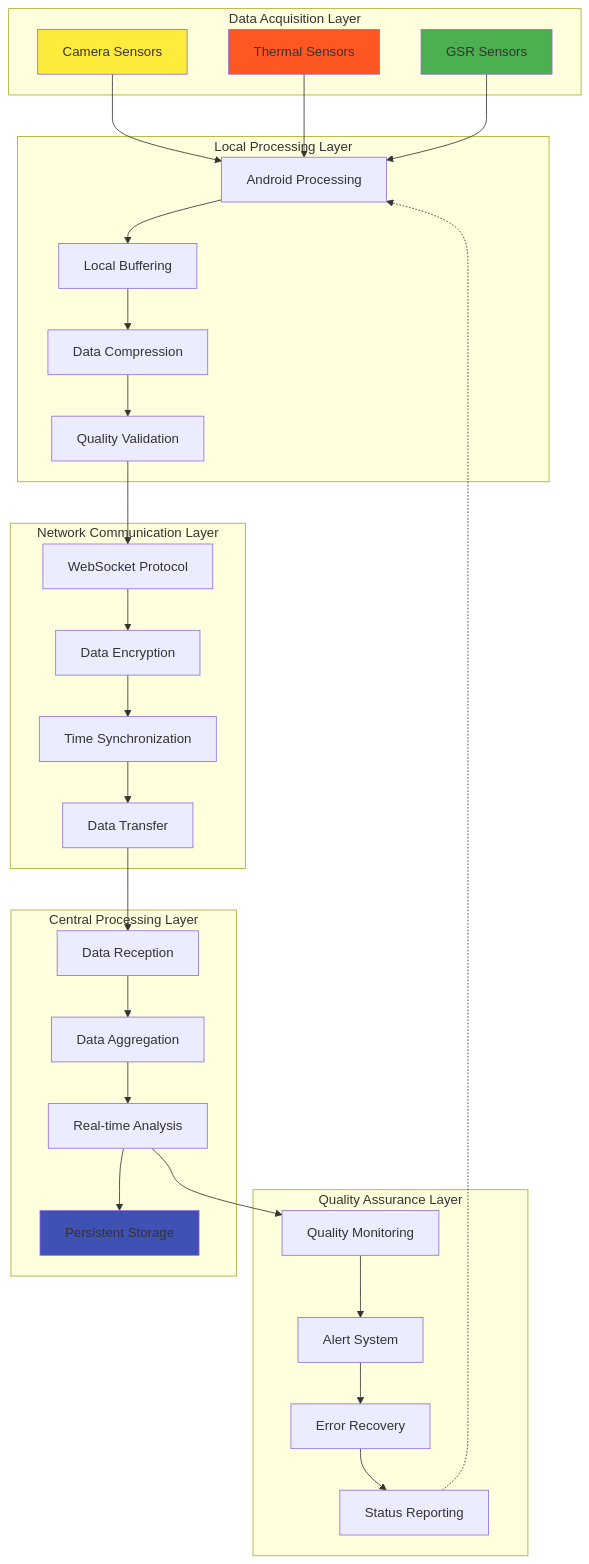
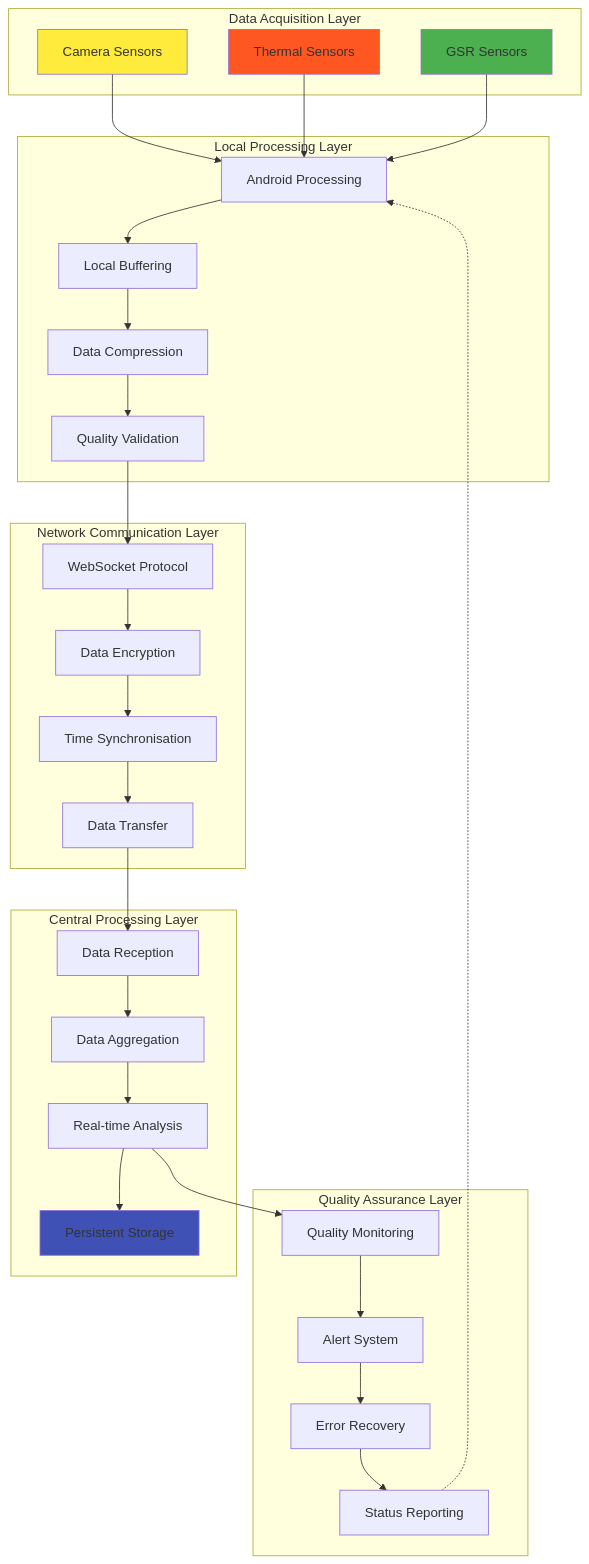
One commit to buccancs/fyp-multi-sensor-recording-system changed the second of 10 diagrams in docs/thesis_report/draft_0/chapter_4_design_and_implementation.md. Above: the diagram before and after it, drawn with Mermaid. The commit also changed other lines of this file and 56 other files, not shown here.

````diff
--- a/docs/thesis_report/draft_0/chapter_4_design_and_implementation.md
+++ b/docs/thesis_report/draft_0/chapter_4_design_and_implementation.md
@@ -331,66 +331,66 @@
 ```mermaid
 flowchart TD
     subgraph "Data Acquisition Layer"
         CAM[Camera Sensors]
         THERMAL[Thermal Sensors] 
         GSR[GSR Sensors]
     end
     
     subgraph "Local Processing Layer"
         ANDROID[Android Processing]
         BUFFER[Local Buffering]
         COMPRESS[Data Compression]
         VALIDATE[Quality Validation]
     end
     
     subgraph "Network Communication Layer"
         PROTOCOL[WebSocket Protocol]
         ENCRYPT[Data Encryption]
-        SYNC[Time Synchronization]
+        SYNC[Time Synchronisation]
         TRANSFER[Data Transfer]
     end
     
     subgraph "Central Processing Layer"
         RECEIVE[Data Reception]
         AGGREGATE[Data Aggregation]
         ANALYSIS[Real-time Analysis]
         STORAGE[Persistent Storage]
     end
     
     subgraph "Quality Assurance Layer"
         MONITOR[Quality Monitoring]
         ALERT[Alert System]
         RECOVERY[Error Recovery]
         REPORT[Status Reporting]
     end
     
     CAM --> ANDROID
     THERMAL --> ANDROID
     GSR --> ANDROID
     
     ANDROID --> BUFFER
     BUFFER --> COMPRESS
     COMPRESS --> VALIDATE
     
     VALIDATE --> PROTOCOL
     PROTOCOL --> ENCRYPT
     ENCRYPT --> SYNC
     SYNC --> TRANSFER
     
     TRANSFER --> RECEIVE
     RECEIVE --> AGGREGATE
     AGGREGATE --> ANALYSIS
     ANALYSIS --> STORAGE
     
     ANALYSIS --> MONITOR
     MONITOR --> ALERT
     ALERT --> RECOVERY
     RECOVERY --> REPORT
     
     REPORT -.-> ANDROID
     
     style CAM fill:#ffeb3b
     style THERMAL fill:#ff5722
     style GSR fill:#4caf50
     style STORAGE fill:#3f51b5
 ```
````
